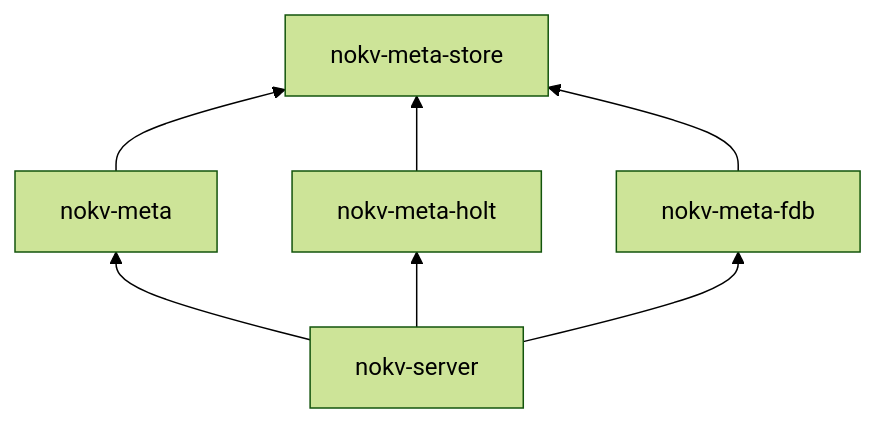
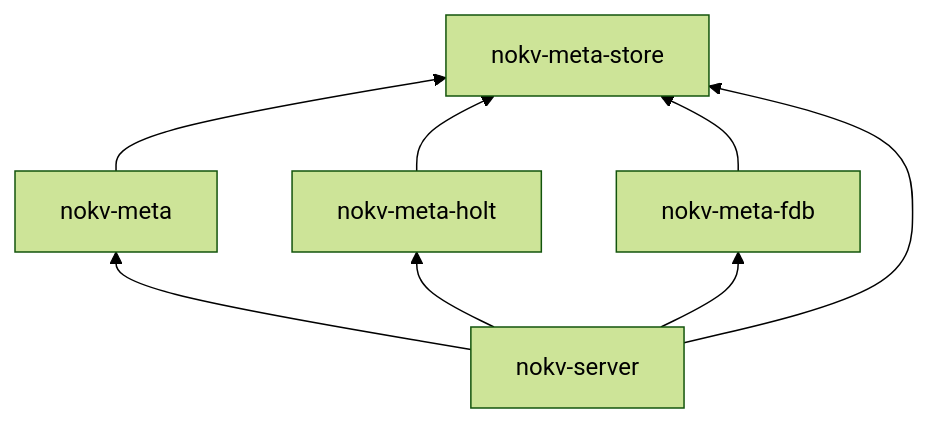
The second of 2 diagrams in docs/development/metadata-store-interface.md (NoKV-Lab/NoKV), drawn with Mermaid (forest theme) before and after one commit. The commit also changed other lines of this file and 55 other files, not shown here.

````diff
--- a/docs/development/metadata-store-interface.md
+++ b/docs/development/metadata-store-interface.md
@@ -113,9 +114,10 @@
 ```mermaid
 flowchart BT
     Meta["nokv-meta"] --> Interface["nokv-meta-store"]
     Holt["nokv-meta-holt"] --> Interface
     Fdb["nokv-meta-fdb"] --> Interface
     Server["nokv-server"] --> Meta
+    Server --> Interface
     Server --> Holt
     Server --> Fdb
 ```
````
